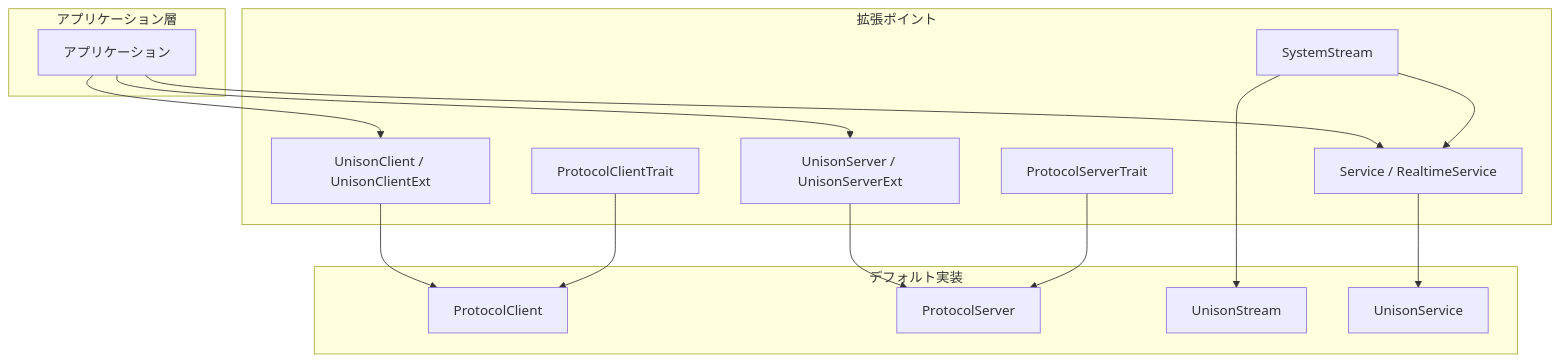
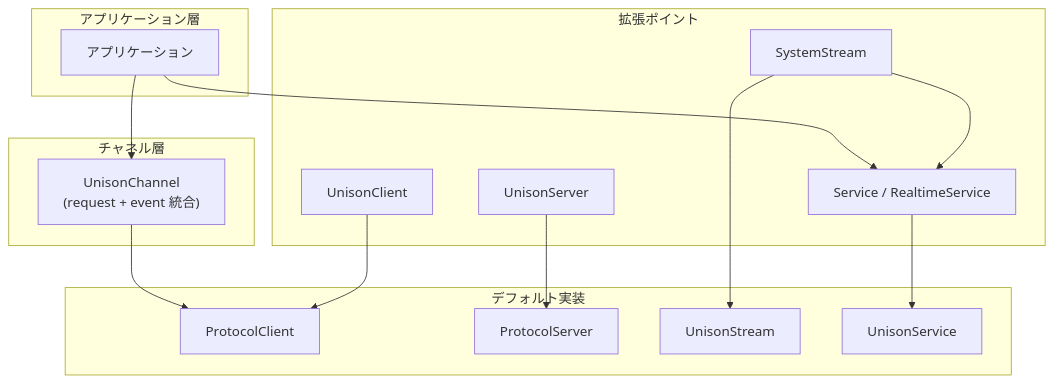
The fifth of 5 diagrams in design/architecture.md (chronista-club/unison), drawn with Mermaid before and after one commit. The commit also changed other lines of this file and 33 other files, not shown here.

````diff
--- a/design/architecture.md
+++ b/design/architecture.md
@@ -335,34 +331,34 @@
 ```mermaid
 graph TB
     subgraph "アプリケーション層"
         APP["アプリケーション"]
     end
 
+    subgraph "チャネル層"
+        UCH["UnisonChannel<br/>(request + event 統合)"]
+    end
+
     subgraph "拡張ポイント"
-        UC["UnisonClient / UnisonClientExt"]
-        US["UnisonServer / UnisonServerExt"]
+        UC["UnisonClient"]
+        US["UnisonServer"]
         SS["SystemStream"]
         SVC["Service / RealtimeService"]
-        PCT["ProtocolClientTrait"]
-        PST["ProtocolServerTrait"]
     end
 
     subgraph "デフォルト実装"
         PC["ProtocolClient"]
         PS["ProtocolServer"]
         USTREAM["UnisonStream"]
         USVC["UnisonService"]
     end
 
-    APP --> UC
-    APP --> US
+    APP --> UCH
     APP --> SVC
 
+    UCH --> PC
     UC --> PC
     US --> PS
     SS --> USTREAM
     SVC --> USVC
-    PCT --> PC
-    PST --> PS
     SS --> SVC
 ```
````
